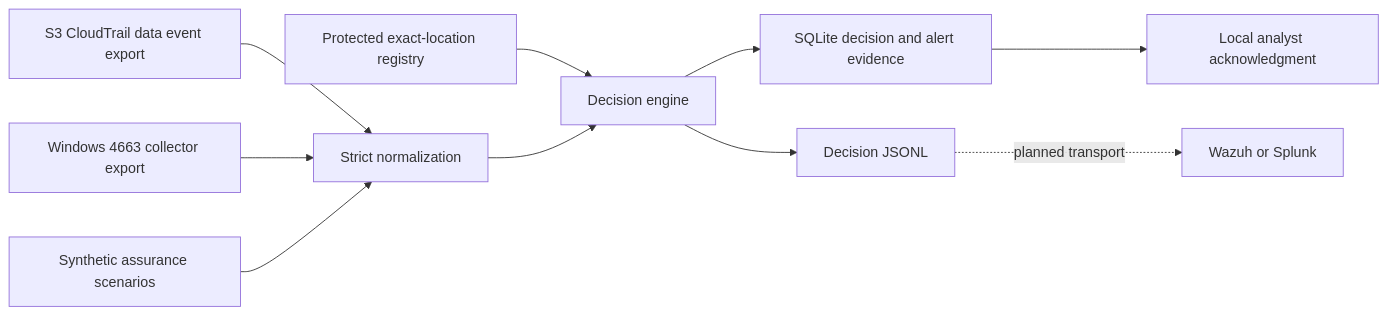
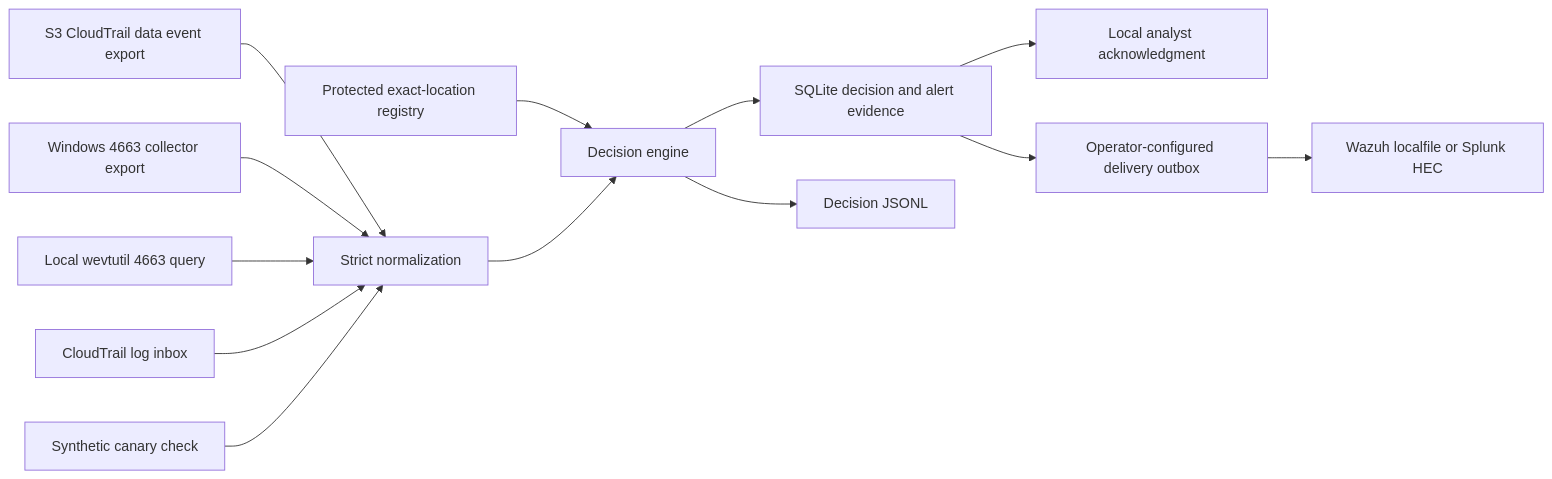
One commit to fusiontechstrategies/Fools-Gold changed the diagram in docs/ARCHITECTURE.md. Above: the diagram before and after it, drawn with Mermaid. The commit also changed other lines of this file and 10 other files, not shown here.

Commit message:
Scrutiny pass: stale docs, delivery pacing, accurate check output and boundary tests

````diff
--- a/docs/ARCHITECTURE.md
+++ b/docs/ARCHITECTURE.md
@@ -5,12 +5,15 @@
 ```mermaid
 flowchart LR
     S[S3 CloudTrail data event export] --> N[Strict normalization]
     W[Windows 4663 collector export] --> N
+    Q[Local wevtutil 4663 query] --> N
+    I[CloudTrail log inbox] --> N
     R[Protected exact-location registry] --> D[Decision engine]
     N --> D
     D --> E[SQLite decision and alert evidence]
     E --> A[Local analyst acknowledgment]
     D --> J[Decision JSONL]
-    J -. planned transport .-> SIEM[Wazuh or Splunk]
-    T[Synthetic assurance scenarios] --> N
+    E --> O[Operator-configured delivery outbox]
+    O --> SIEM[Wazuh localfile or Splunk HEC]
+    T[Synthetic canary check] --> N
 ```
````
